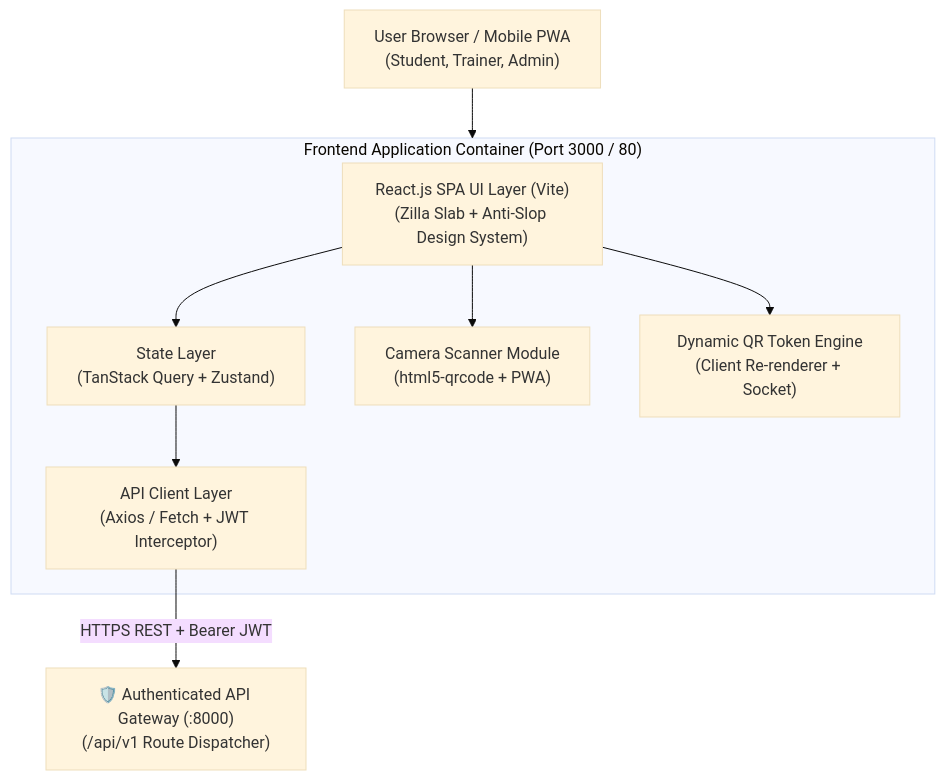
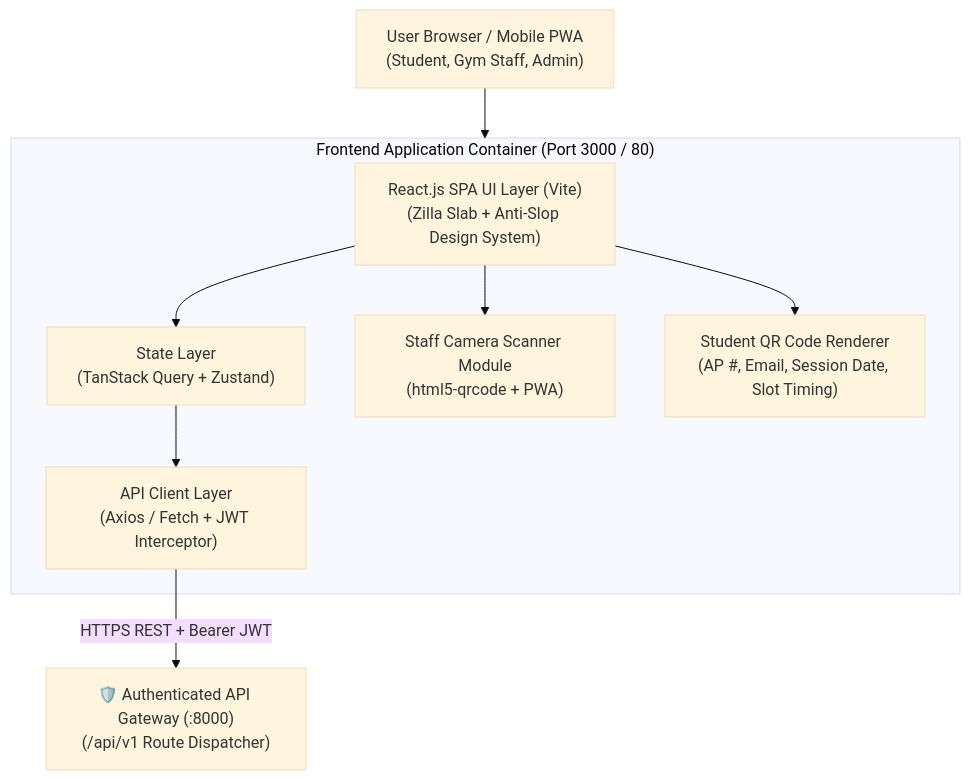
Before and after one commit to Aarav-cyber/Gym-allocation: the diagram in frontend/docs/README.md, drawn with Mermaid (base theme). The commit also changed other lines of this file and 5 other files, not shown here.

````diff
--- a/frontend/docs/README.md
+++ b/frontend/docs/README.md
@@ -23,21 +23,21 @@
 ```mermaid
 graph TD
-    Client["User Browser / Mobile PWA<br/>(Student, Trainer, Admin)"]
+    Client["User Browser / Mobile PWA<br/>(Student, Gym Staff, Admin)"]
     
     subgraph FrontendApp ["Frontend Application Container (Port 3000 / 80)"]
         UI["React.js SPA UI Layer (Vite)<br/>(Zilla Slab + Anti-Slop Design System)"]
         State["State Layer<br/>(TanStack Query + Zustand)"]
-        Scanner["Camera Scanner Module<br/>(html5-qrcode + PWA)"]
-        QRGen["Dynamic QR Token Engine<br/>(Client Re-renderer + Socket)"]
+        Scanner["Staff Camera Scanner Module<br/>(html5-qrcode + PWA)"]
+        QRGen["Student QR Code Renderer<br/>(AP #, Email, Session Date, Slot Timing)"]
         APIClient["API Client Layer<br/>(Axios / Fetch + JWT Interceptor)"]
     end
 
     Gateway["🛡️ Authenticated API Gateway (:8000)<br/>(/api/v1 Route Dispatcher)"]
 
     Client --> FrontendApp
     UI --> State
     UI --> Scanner
     UI --> QRGen
     State --> APIClient
     APIClient -->|HTTPS REST + Bearer JWT| Gateway
 ```
````
